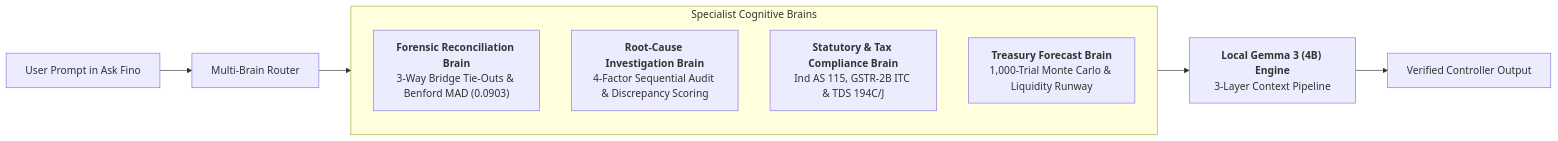
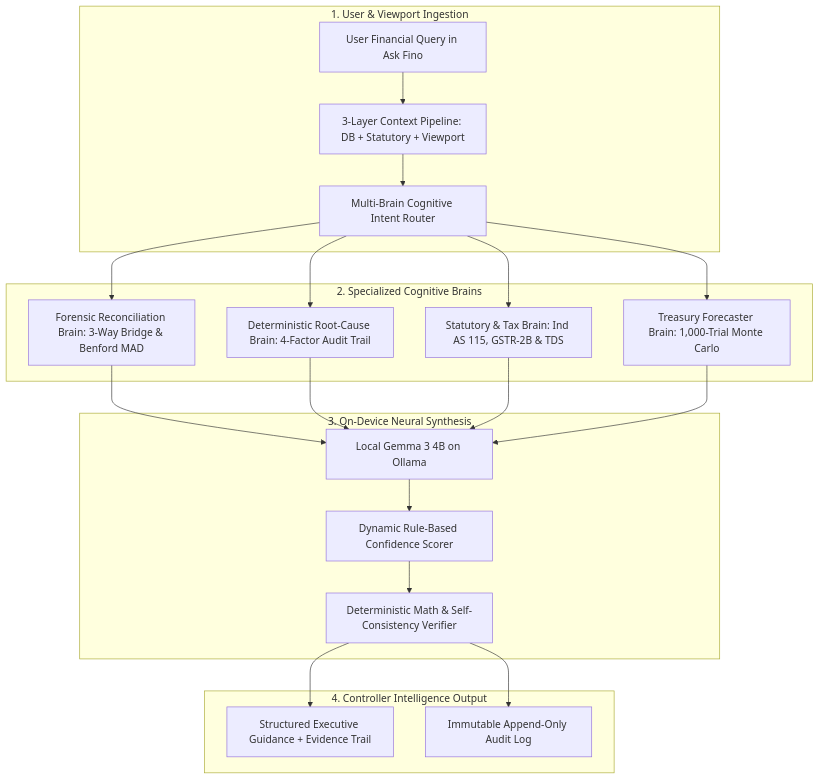
The second of 5 diagrams in README.md (sharancode3/Finora), drawn with Mermaid before and after one commit. The commit also changed other lines of this file, not shown here.

Commit message:
docs: standardize all architecture diagrams to match End-to-End System Architecture design language

````diff
--- a/README.md
+++ b/README.md
@@ -111,16 +129,41 @@
 ```mermaid
-flowchart LR
-    Q[User Prompt in Ask Fino] --> R[Multi-Brain Router]
-    
-    subgraph Brains [Specialist Cognitive Brains]
-        direction TB
-        B1["<b>Forensic Reconciliation Brain</b><br/>3-Way Bridge Tie-Outs & Benford MAD (0.0903)"]
-        B2["<b>Root-Cause Investigation Brain</b><br/>4-Factor Sequential Audit & Discrepancy Scoring"]
-        B3["<b>Statutory & Tax Compliance Brain</b><br/>Ind AS 115, GSTR-2B ITC & TDS 194C/J"]
-        B4["<b>Treasury Forecast Brain</b><br/>1,000-Trial Monte Carlo & Liquidity Runway"]
+graph TD
+    subgraph Intake["1. User & Viewport Ingestion"]
+        U[User Financial Query in Ask Fino]
+        CTX[3-Layer Context Pipeline: DB + Statutory + Viewport]
+        ROUTER[Multi-Brain Cognitive Intent Router]
     end
-    
-    R --> Brains
-    Brains --> G["<b>Local Gemma 3 (4B) Engine</b><br/>3-Layer Context Pipeline"]
-    G --> Ans[Verified Controller Output]
+
+    subgraph Brains["2. Specialized Cognitive Brains"]
+        B1[Forensic Reconciliation Brain: 3-Way Bridge & Benford MAD]
+        B2[Deterministic Root-Cause Brain: 4-Factor Audit Trail]
+        B3[Statutory & Tax Brain: Ind AS 115, GSTR-2B & TDS]
+        B4[Treasury Forecaster Brain: 1,000-Trial Monte Carlo]
+    end
+
+    subgraph NeuralCore["3. On-Device Neural Synthesis"]
+        SLM[Local Gemma 3 4B on Ollama]
+        CONF[Dynamic Rule-Based Confidence Scorer]
+        VERIF[Deterministic Math & Self-Consistency Verifier]
+    end
+
+    subgraph Delivery["4. Controller Intelligence Output"]
+        OUT[Structured Executive Guidance + Evidence Trail]
+        AUDIT[Immutable Append-Only Audit Log]
+    end
+
+    U --> CTX
+    CTX --> ROUTER
+    ROUTER --> B1
+    ROUTER --> B2
+    ROUTER --> B3
+    ROUTER --> B4
+    B1 --> SLM
+    B2 --> SLM
+    B3 --> SLM
+    B4 --> SLM
+    SLM --> CONF
+    CONF --> VERIF
+    VERIF --> OUT
+    VERIF --> AUDIT
 ```
````
